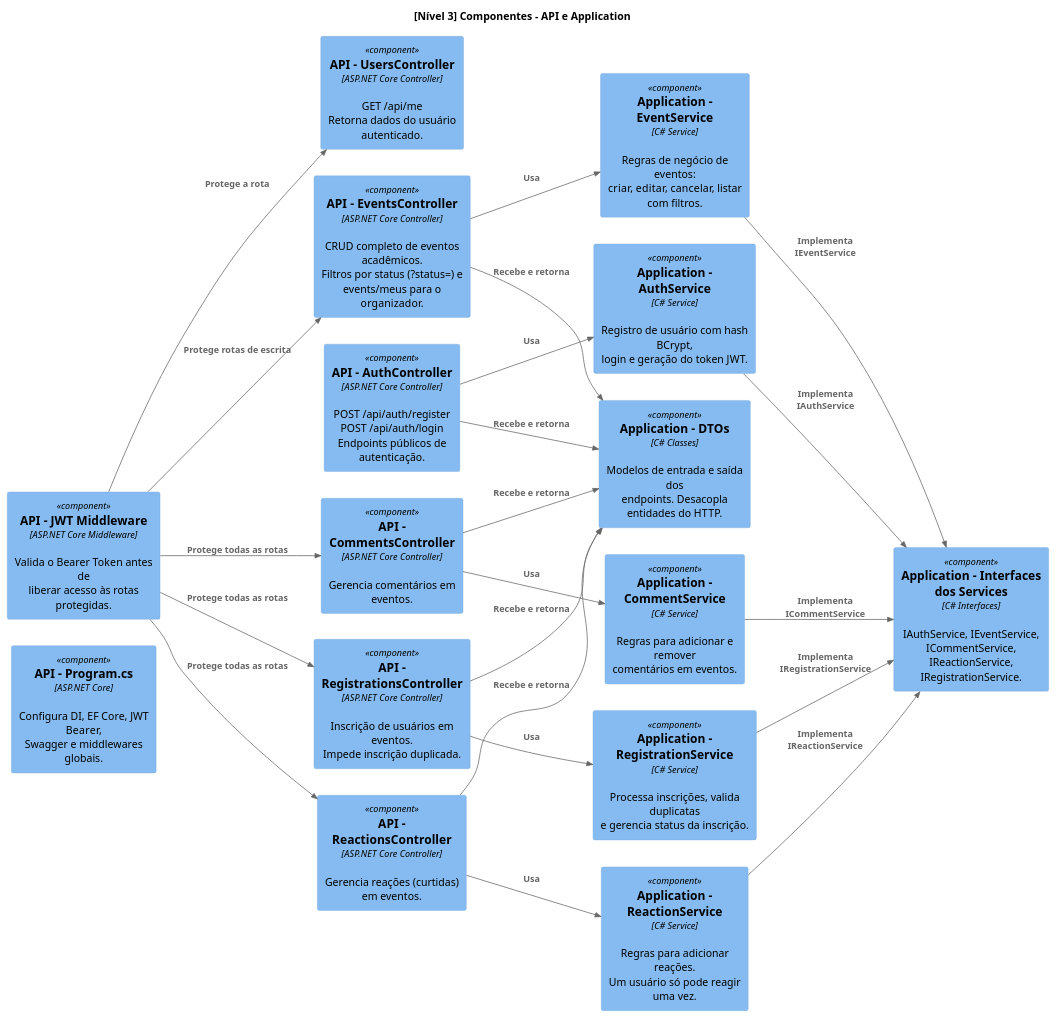
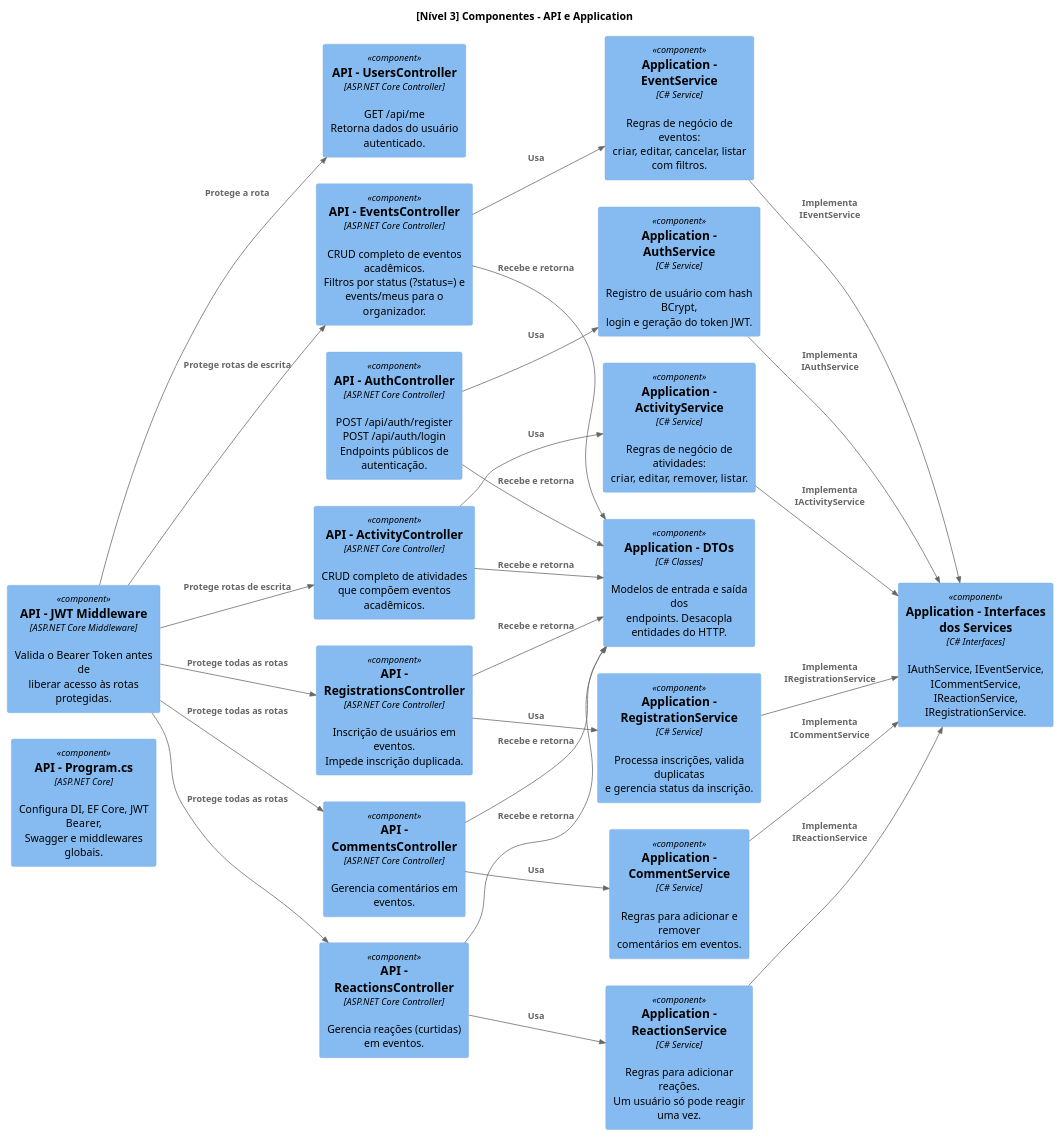
One commit to JulianaBallin/Academic-Events-API changed the diagram in docs/diagrams/c4_nivel3_componente.puml. Above: the diagram before and after it, drawn with PlantUML. The commit also changed 7 other files, not shown here.

```diff
--- a/docs/diagrams/c4_nivel3_componente.puml
+++ b/docs/diagrams/c4_nivel3_componente.puml
@@ -1,70 +1,78 @@
 @startuml c4_nivel3_componente
 
 ' usa a biblioteca C4 embutida no PlantUML (stdlib, não precisa de internet)
 !include <C4/C4_Component>
 
 left to right direction
 
 title [Nível 3] Componentes - API e Application
 
 ' componentes internos do projeto AcademicEvents.API
 Component(program, "API - Program.cs", "ASP.NET Core", "Configura DI, EF Core, JWT Bearer,\nSwagger e middlewares globais.")
 
 Component(jwtMid, "API - JWT Middleware", "ASP.NET Core Middleware", "Valida o Bearer Token antes de\nliberar acesso às rotas protegidas.")
 
 Component(authCtrl, "API - AuthController", "ASP.NET Core Controller", "POST /api/auth/register\nPOST /api/auth/login\nEndpoints públicos de autenticação.")
 
 Component(userCtrl, "API - UsersController", "ASP.NET Core Controller", "GET /api/me\nRetorna dados do usuário autenticado.")
 
 Component(eventCtrl, "API - EventsController", "ASP.NET Core Controller", "CRUD completo de eventos acadêmicos.\nFiltros por status (?status=) e\nevents/meus para o organizador.")
 
+Component(activityCtrl, "API - ActivityController", "ASP.NET Core Controller", "CRUD completo de atividades que compõem eventos acadêmicos.")
+
 Component(commentCtrl, "API - CommentsController", "ASP.NET Core Controller", "Gerencia comentários em eventos.")
 
 Component(reactionCtrl, "API - ReactionsController", "ASP.NET Core Controller", "Gerencia reações (curtidas) em eventos.")
 
 Component(registrationCtrl, "API - RegistrationsController", "ASP.NET Core Controller", "Inscrição de usuários em eventos.\nImpede inscrição duplicada.")
 
 ' componentes internos do projeto AcademicEvents.Application
 Component(authSvc, "Application - AuthService", "C# Service", "Registro de usuário com hash BCrypt,\nlogin e geração do token JWT.")
 
 Component(eventSvc, "Application - EventService", "C# Service", "Regras de negócio de eventos:\ncriar, editar, cancelar, listar com filtros.")
+
+Component(activitySvc, "Application - ActivityService", "C# Service", "Regras de negócio de atividades:\ncriar, editar, remover, listar.")
 
 Component(commentSvc, "Application - CommentService", "C# Service", "Regras para adicionar e remover\ncomentários em eventos.")
 
 Component(reactionSvc, "Application - ReactionService", "C# Service", "Regras para adicionar reações.\nUm usuário só pode reagir uma vez.")
 
 Component(regSvc, "Application - RegistrationService", "C# Service", "Processa inscrições, valida duplicatas\ne gerencia status da inscrição.")
 
 Component(dtos, "Application - DTOs", "C# Classes", "Modelos de entrada e saída dos\nendpoints. Desacopla entidades do HTTP.")
 
 Component(interfaces, "Application - Interfaces dos Services", "C# Interfaces", "IAuthService, IEventService,\nICommentService, IReactionService,\nIRegistrationService.")
 
 ' controllers chamam os services correspondentes
 Rel(authCtrl, authSvc, "Usa")
 Rel(eventCtrl, eventSvc, "Usa")
 Rel(commentCtrl, commentSvc, "Usa")
 Rel(reactionCtrl, reactionSvc, "Usa")
 Rel(registrationCtrl, regSvc, "Usa")
+Rel(activityCtrl, activitySvc, "Usa")
 
 ' services implementam as interfaces (inversão de dependência)
 Rel(authSvc, interfaces, "Implementa IAuthService")
 Rel(eventSvc, interfaces, "Implementa IEventService")
 Rel(commentSvc, interfaces, "Implementa ICommentService")
 Rel(reactionSvc, interfaces, "Implementa IReactionService")
 Rel(regSvc, interfaces, "Implementa IRegistrationService")
+Rel(activitySvc, interfaces, "Implementa IActivityService")
 
 ' controllers usam os DTOs para entrada e saída
 Rel(authCtrl, dtos, "Recebe e retorna")
 Rel(eventCtrl, dtos, "Recebe e retorna")
 Rel(commentCtrl, dtos, "Recebe e retorna")
 Rel(reactionCtrl, dtos, "Recebe e retorna")
 Rel(registrationCtrl, dtos, "Recebe e retorna")
+Rel(activityCtrl, dtos, "Recebe e retorna")
 
 ' middleware atua antes dos controllers
 Rel(jwtMid, userCtrl, "Protege a rota")
 Rel(jwtMid, eventCtrl, "Protege rotas de escrita")
 Rel(jwtMid, commentCtrl, "Protege todas as rotas")
 Rel(jwtMid, reactionCtrl, "Protege todas as rotas")
 Rel(jwtMid, registrationCtrl, "Protege todas as rotas")
+Rel(jwtMid, activityCtrl, "Protege rotas de escrita")
 
 @enduml
```
